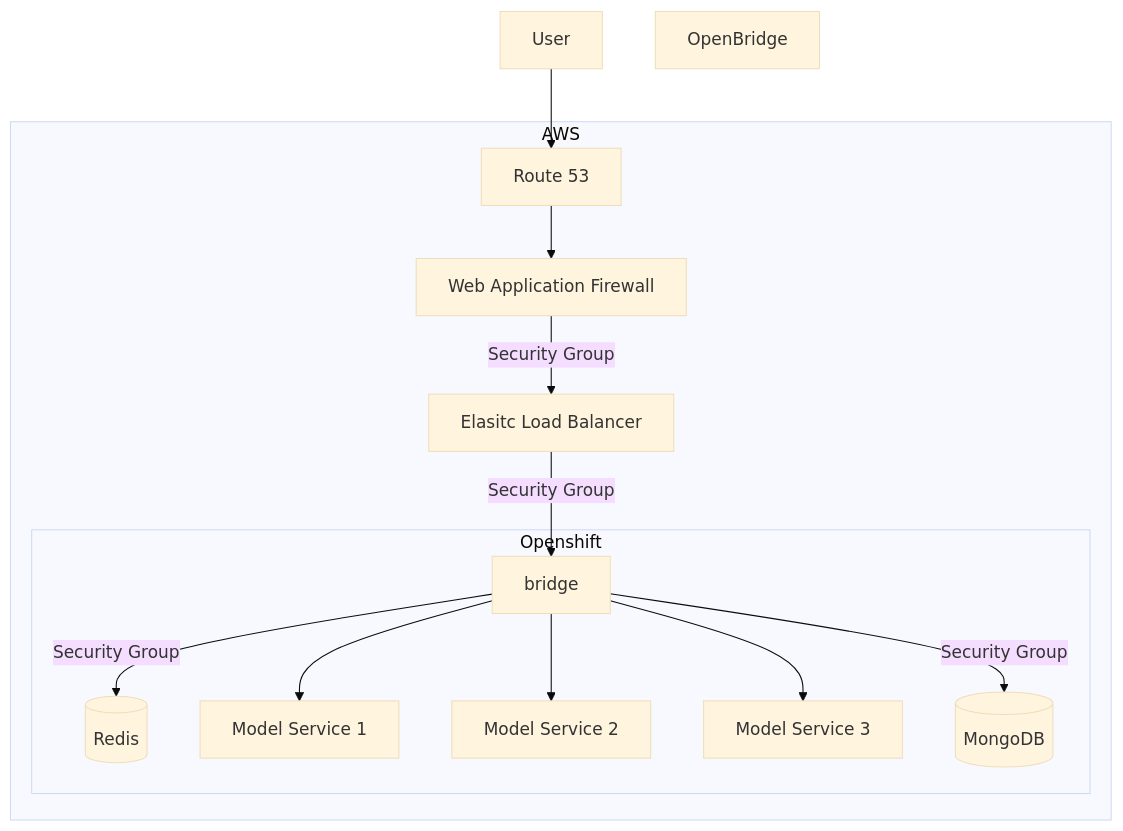
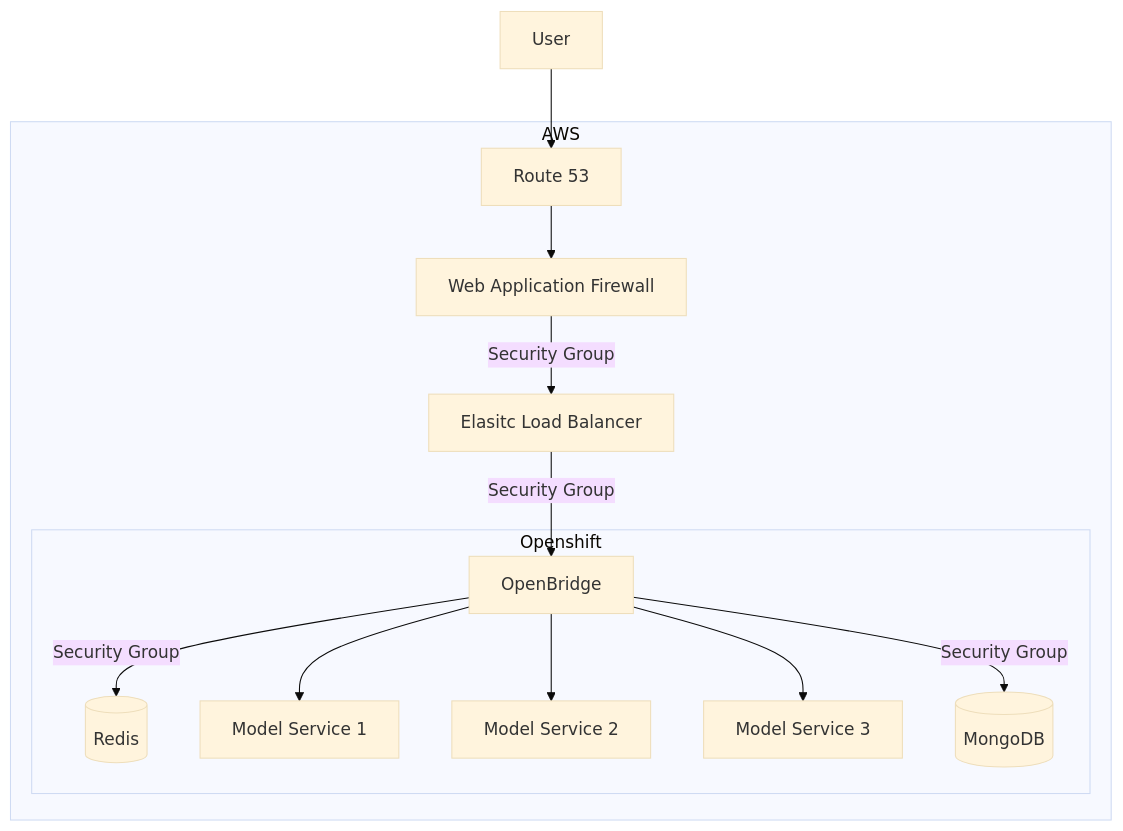
One commit to acceleratedscience/bridge changed the second of 2 diagrams in doc/architecture.md. Above: the diagram before and after it, drawn with Mermaid (base theme). The commit also changed other lines of this file, not shown here.

Commit message:
rename in arch diagram

````diff
--- a/doc/architecture.md
+++ b/doc/architecture.md
@@ -67,25 +67,25 @@
 ```mermaid
 flowchart TD
 	user["User"]
 	route["Route 53"]
 	elb["Elasitc Load Balancer"]
 	waf["Web Application Firewall"]
 	redis[("Redis")]
 	ob["OpenBridge"]
 	model1["Model Service 1"]
 	model2["Model Service 2"]
 	model3["Model Service 3"]
 	mongodb[("MongoDB")]
 
 	user --> route
 	subgraph "AWS"
-	route --> waf -- Security  Group --> elb -- Security Group --> bridge
+	route --> waf -- Security  Group --> elb -- Security Group --> ob
 	subgraph "Openshift"
-	bridge -- Security Group --> mongodb
-	bridge -- Security Group --> redis
-	bridge --> model1
-	bridge --> model2
-	bridge --> model3
+	ob -- Security Group --> mongodb
+	ob -- Security Group --> redis
+	ob --> model1
+	ob --> model2
+	ob --> model3
 	end
 	end
 ```
````
